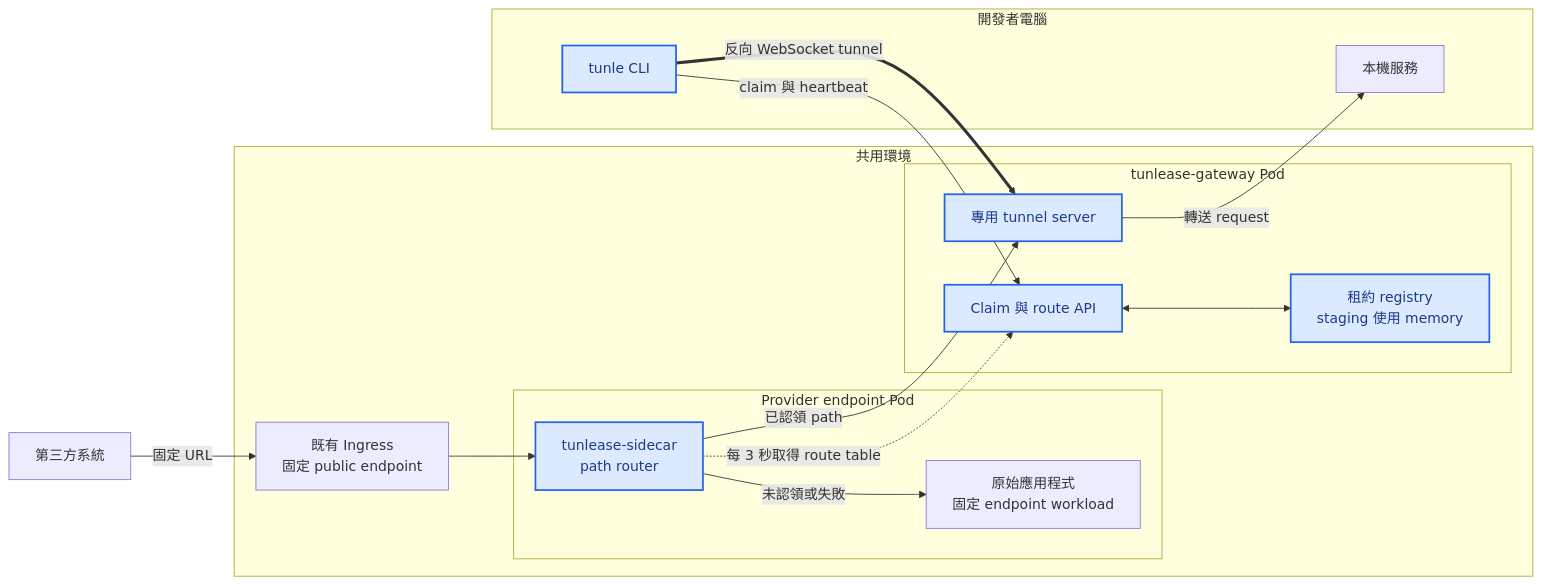
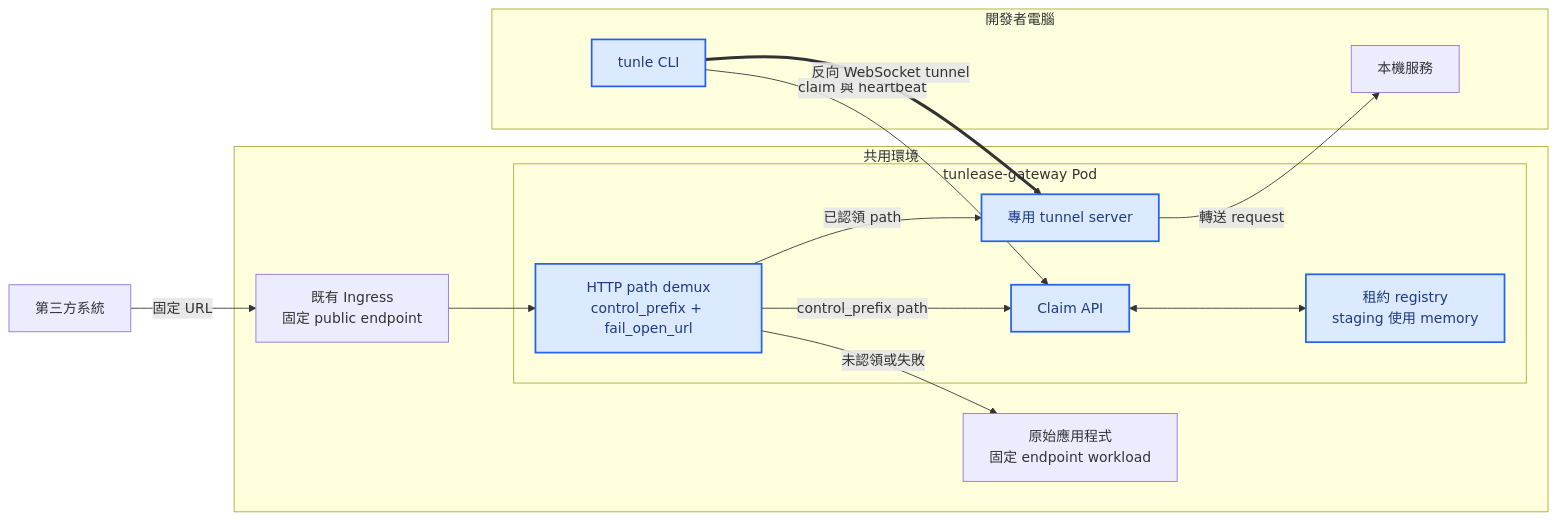
One commit to iml885203/tunlease changed the first of 3 diagrams in docs/architecture.zh-TW.md. Above: the diagram before and after it, drawn with Mermaid. The commit also changed other lines of this file and 31 other files, not shown here.

````diff
--- a/docs/architecture.zh-TW.md
+++ b/docs/architecture.zh-TW.md
@@ -7,37 +7,35 @@
 ```mermaid
 flowchart LR
     ThirdParty[第三方系統]
 
     subgraph Cluster[共用環境]
         Ingress[既有 Ingress<br/>固定 public endpoint]
 
-        subgraph Workload[Provider endpoint Pod]
-            Sidecar[tunlease-sidecar<br/>path router]
-            App[原始應用程式<br/>固定 endpoint workload]
-        end
-
         subgraph GatewayPod[tunlease-gateway Pod]
-            API[Claim 與 route API]
+            Router[HTTP path demux<br/>control_prefix + fail_open_url]
+            API[Claim API]
             Registry[租約 registry<br/>staging 使用 memory]
             TunnelServer[專用 tunnel server]
         end
+
+        App[原始應用程式<br/>固定 endpoint workload]
     end
 
     subgraph Developer[開發者電腦]
         CLI[tunle CLI]
         LocalApp[本機服務]
     end
 
     ThirdParty -->|固定 URL| Ingress
-    Ingress --> Sidecar
-    Sidecar -->|未認領或失敗| App
-    Sidecar -->|已認領 path| TunnelServer
+    Ingress --> Router
+    Router -->|未認領或失敗| App
+    Router -->|已認領 path| TunnelServer
+    Router -->|control_prefix path| API
     CLI -->|claim 與 heartbeat| API
     API <--> Registry
-    Sidecar -.->|每 3 秒取得 route table| API
     CLI ==>|反向 WebSocket tunnel| TunnelServer
     TunnelServer -->|轉送 request| LocalApp
 
     classDef tunlease fill:#dbeafe,stroke:#2563eb,color:#1e3a8a,stroke-width:2px;
-    class CLI,Sidecar,API,Registry,TunnelServer tunlease;
+    class CLI,Router,API,Registry,TunnelServer tunlease;
 ```
````
